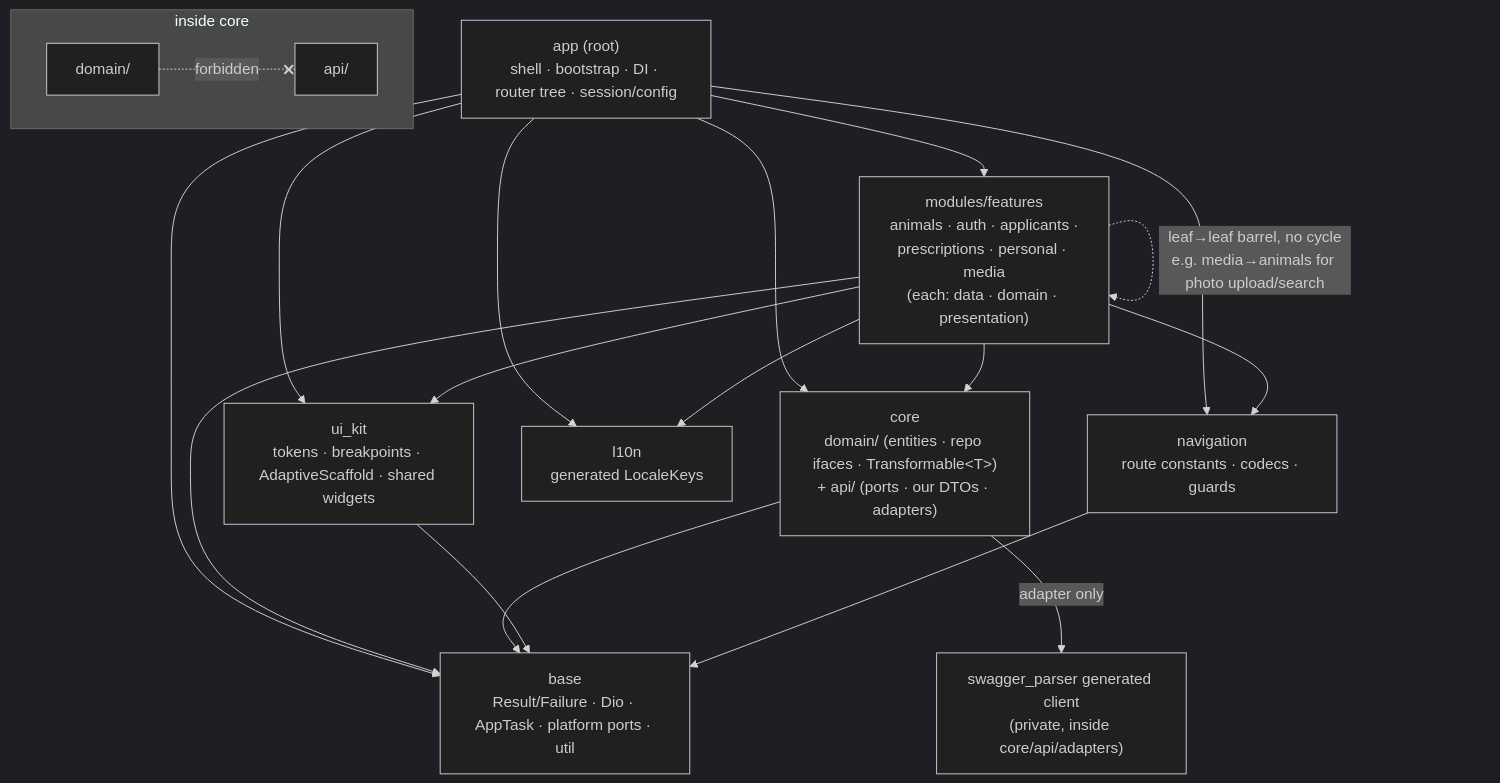
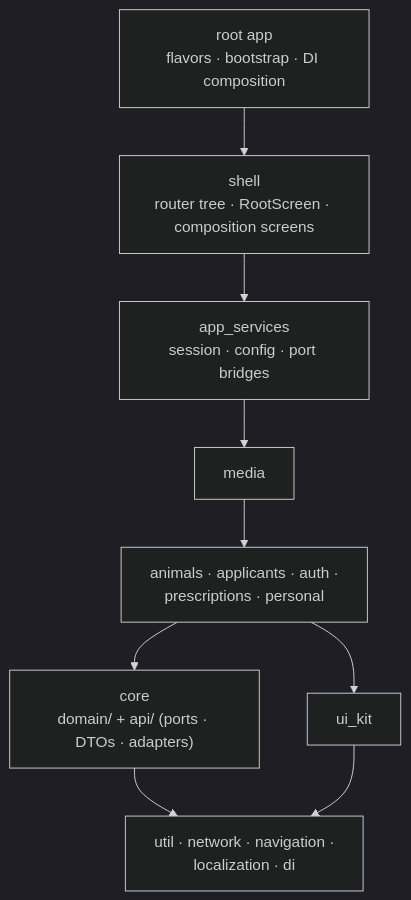
Before and after one commit to aiserrock/acits-flutter: the first of 2 diagrams in ARCHITECTURE.md, drawn with Mermaid (dark theme). The commit also changed other lines of this file and 14 other files, not shown here.

First line of the commit message:
refactor(di): break the di <-> app_services <-> shell package cycle

````diff
--- a/ARCHITECTURE.md
+++ b/ARCHITECTURE.md
@@ -69,36 +57,20 @@
 ```mermaid
 graph TD
-    app["app (root)<br/>shell · bootstrap · DI · router tree · session/config"]
-    features["modules/features<br/>animals · auth · applicants ·<br/>prescriptions · personal · media<br/>(each: data · domain · presentation)"]
-    base["base<br/>Result/Failure · Dio · AppTask · platform ports · util"]
-    core["core<br/>domain/ (entities · repo ifaces · Transformable&lt;T&gt;)<br/>+ api/ (ports · our DTOs · adapters)"]
-    uikit["ui_kit<br/>tokens · breakpoints · AdaptiveScaffold · shared widgets"]
-    nav["navigation<br/>route constants · codecs · guards"]
-    l10n["l10n<br/>generated LocaleKeys"]
-    gen["swagger_parser generated client<br/>(private, inside core/api/adapters)"]
+    app["root app<br/>flavors · bootstrap · DI composition"]
+    shell["shell<br/>router tree · RootScreen · composition screens"]
+    services["app_services<br/>session · config · port bridges"]
+    media["media"]
+    features["animals · applicants · auth ·<br/>prescriptions · personal"]
+    core["core<br/>domain/ + api/ (ports · DTOs · adapters)"]
+    uikit["ui_kit"]
+    leaf["util · network · navigation ·<br/>localization · di"]
 
-    app --> features
-    app --> base
-    app --> core
-    app --> uikit
-    app --> nav
-    app --> l10n
-
-    features --> base
+    app --> shell
+    shell --> services
+    services --> media
+    media --> features
     features --> core
     features --> uikit
-    features --> nav
-    features --> l10n
-    features -.->|leaf→leaf barrel, no cycle<br/>e.g. media→animals for photo upload/search| features
-
-    core --> base
-    core -->|adapter only| gen
-    uikit --> base
-    nav --> base
-
-    subgraph coreInternal["inside core"]
-      coreDomain["domain/"]
-      coreApi["api/"]
-    end
-    coreDomain -. forbidden .-x coreApi
+    core --> leaf
+    uikit --> leaf
 ```
````
